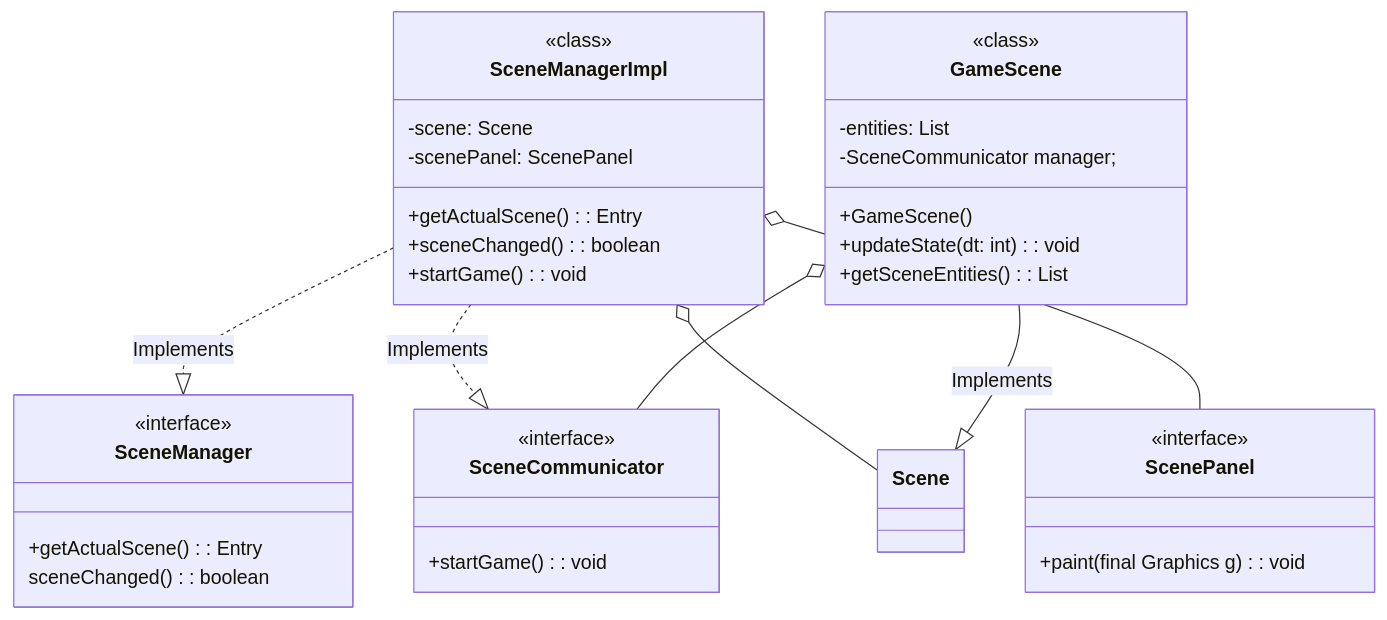
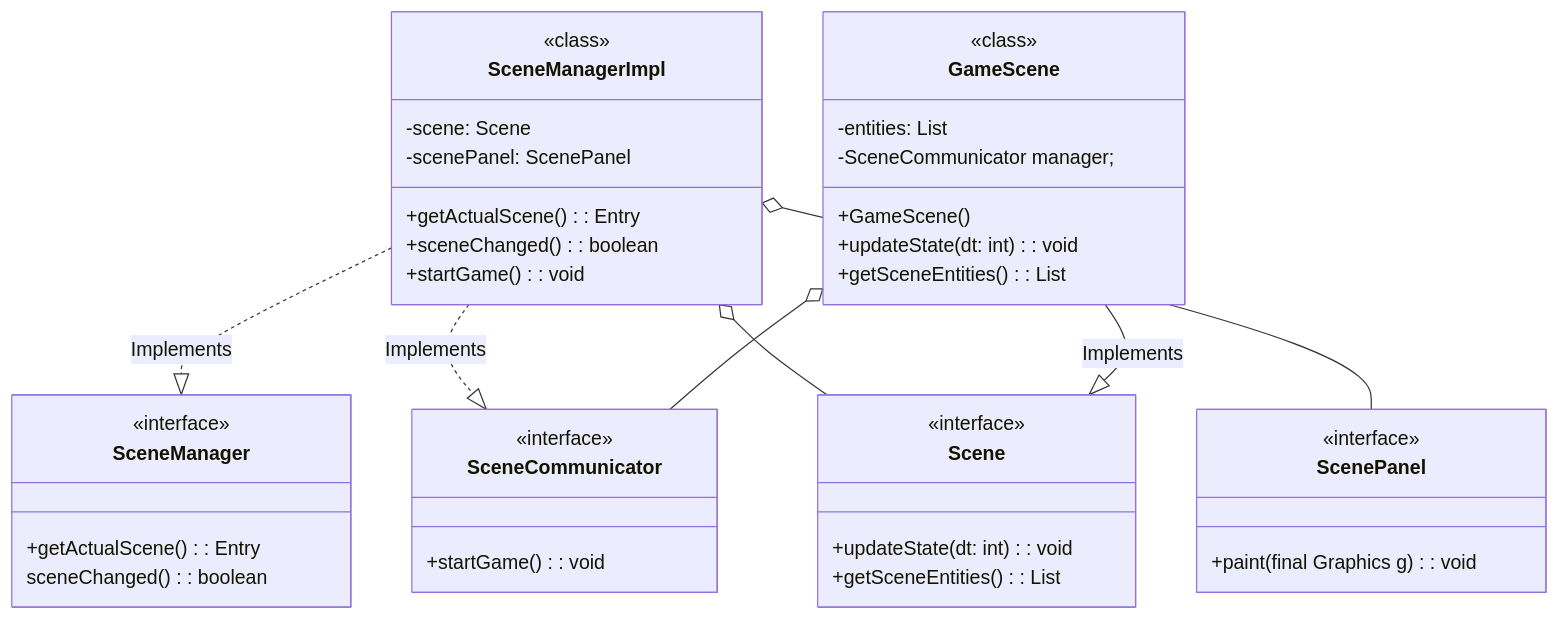
One commit to GiuseppeGambacorta/2DGameEngine changed the third of 3 diagrams in README.md. Above: the diagram before and after it, drawn with Mermaid.

````diff
--- a/README.md
+++ b/README.md
@@ -156,51 +156,56 @@
 ```mermaid
 classDiagram
 
 class SceneManager {
   <<interface>>
   +getActualScene(): Entry<ScenePanel,Scene>
   sceneChanged(): boolean
 }
 
 
+class Scene {
+  <<interface>>
+  +updateState(dt: int): void
+  +getSceneEntities(): List<GameObject>
+}
 
 class ScenePanel{
   <<interface>>
   +paint(final Graphics g): void
 }
 
 class SceneManagerImpl {
   <<class>>
   -scene: Scene
   -scenePanel: ScenePanel
   +getActualScene(): Entry<ScenePanel,Scene>
   +sceneChanged(): boolean
   +startGame() : void
 }
 
 
 class GameScene {
   <<class>>
   -entities: List<GameObject>
   -SceneCommunicator manager;
   +GameScene()
   +updateState(dt: int): void
   +getSceneEntities(): List<GameObject>
 }
 
 
 
 class SceneCommunicator {
   <<interface>>
   +startGame() : void
 }
 
 SceneManagerImpl ..|> SceneManager : Implements
 SceneManagerImpl ..|> SceneCommunicator : Implements
 SceneManagerImpl o-- Scene
 SceneManagerImpl o-- ScenePanel
 
 GameScene --|> Scene : Implements
 GameScene o-- SceneCommunicator
 
 ```
````
